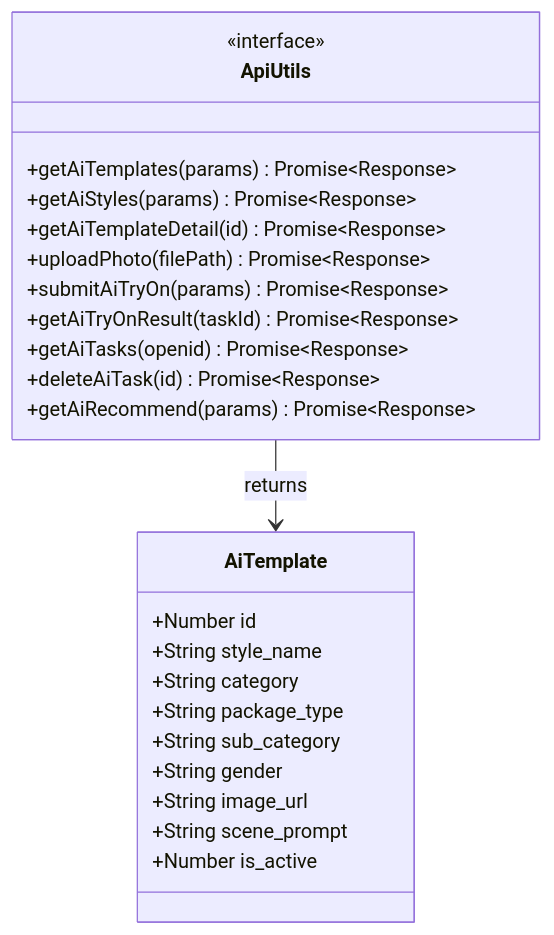
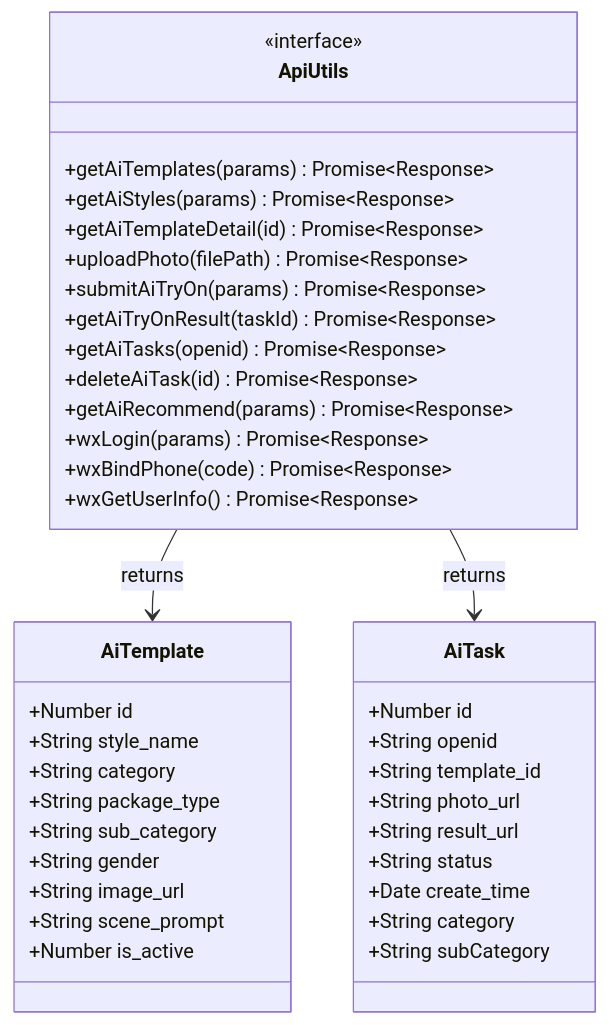
One commit to crazyma99/blueberry changed diagram 13 of 18 in .qoder/repowiki/zh/content/核心功能模块/AI试衣功能.md. Above: the diagram before and after it, drawn with Mermaid. The commit also changed other lines of this file and 7 other files, not shown here.

````diff
--- a/.qoder/repowiki/zh/content/核心功能模块/AI试衣功能.md
+++ b/.qoder/repowiki/zh/content/核心功能模块/AI试衣功能.md
@@ -321,27 +539,42 @@
 ```mermaid
 classDiagram
 class ApiUtils {
 <<interface>>
 +getAiTemplates(params) Promise~Response~
 +getAiStyles(params) Promise~Response~
 +getAiTemplateDetail(id) Promise~Response~
 +uploadPhoto(filePath) Promise~Response~
 +submitAiTryOn(params) Promise~Response~
 +getAiTryOnResult(taskId) Promise~Response~
 +getAiTasks(openid) Promise~Response~
 +deleteAiTask(id) Promise~Response~
 +getAiRecommend(params) Promise~Response~
++wxLogin(params) Promise~Response~
++wxBindPhone(code) Promise~Response~
++wxGetUserInfo() Promise~Response~
 }
 class AiTemplate {
 +Number id
 +String style_name
 +String category
 +String package_type
 +String sub_category
 +String gender
 +String image_url
 +String scene_prompt
 +Number is_active
 }
+class AiTask {
++Number id
++String openid
++String template_id
++String photo_url
++String result_url
++String status
++Date create_time
++String category
++String subCategory
+}
 ApiUtils --> AiTemplate : returns
+ApiUtils --> AiTask : returns
 ```
````
